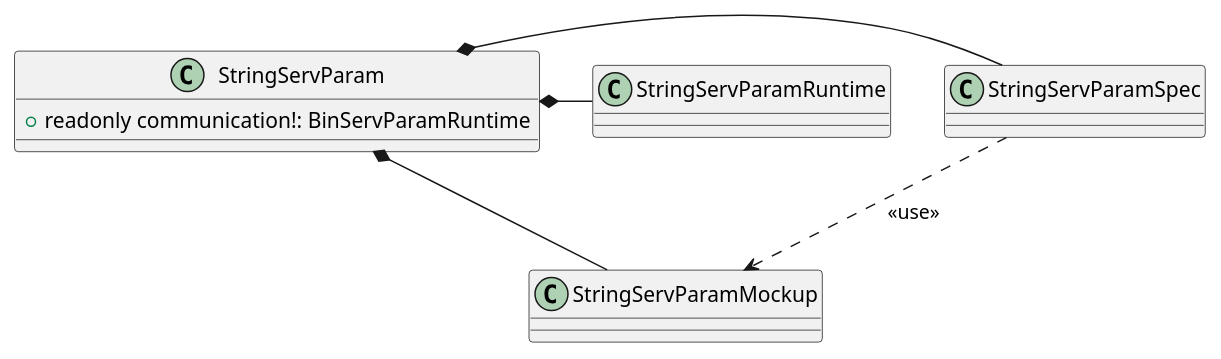
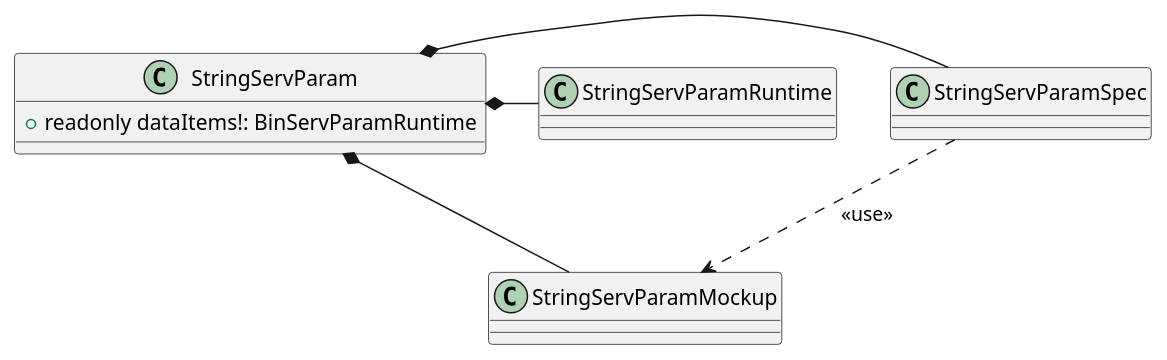
Before and after one commit to p2o-lab/polaris-backend: the diagram in src/modularPlantManager/pea/dataAssembly/operationElement/servParam/stringServParam/StringServParam.puml, drawn with PlantUML. The commit also changed 253 other files, not shown here.

```diff
--- a/src/modularPlantManager/pea/dataAssembly/operationElement/servParam/stringServParam/StringServParam.puml
+++ b/src/modularPlantManager/pea/dataAssembly/operationElement/servParam/stringServParam/StringServParam.puml
@@ -26,13 +26,13 @@
 @startuml
 'https://plantuml.com/class-diagram
 class StringServParam{
-  + readonly communication!: BinServParamRuntime
+  + readonly dataItems!: BinServParamRuntime
 
 }
 StringServParam *- StringServParamSpec
 StringServParamSpec ..> StringServParamMockup : <<use>>
 StringServParam *- StringServParamMockup
 
 StringServParam *- StringServParamRuntime
 
 @enduml
```
